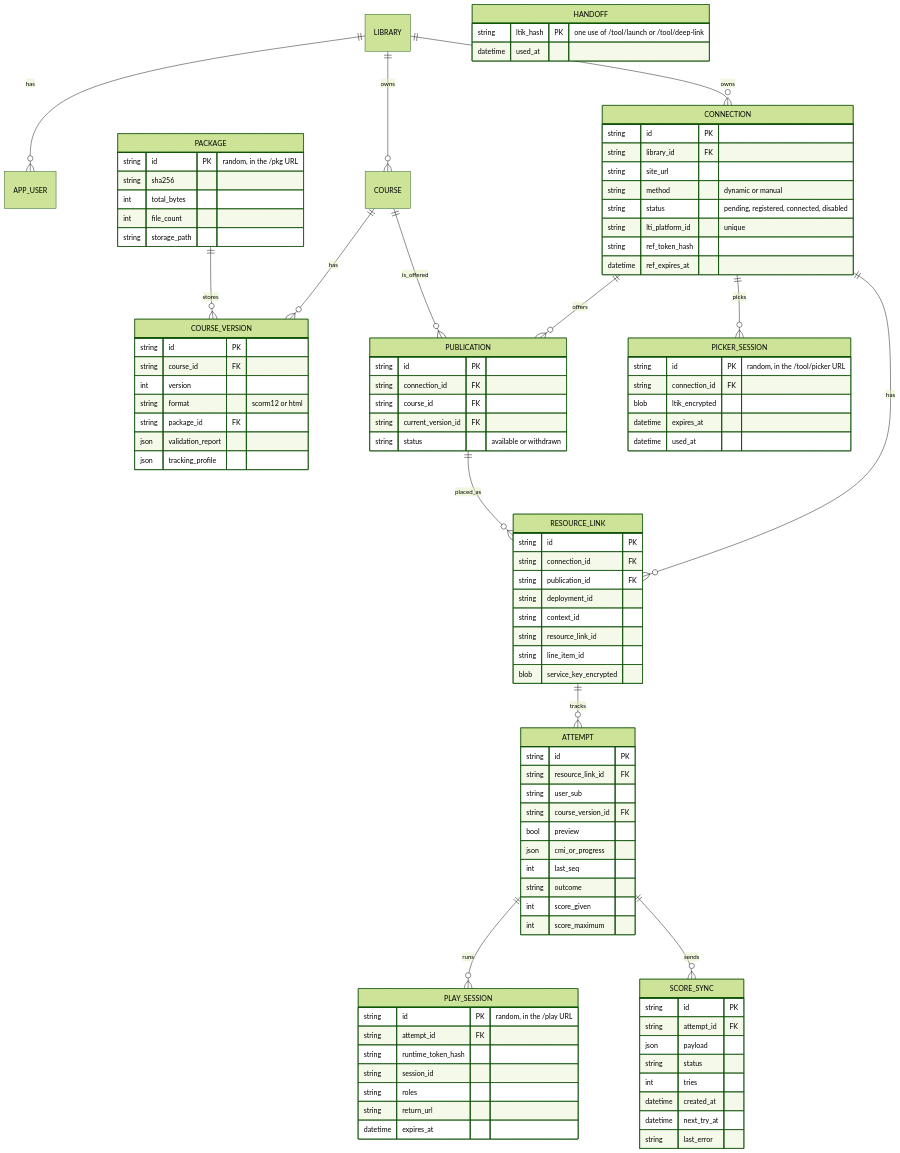
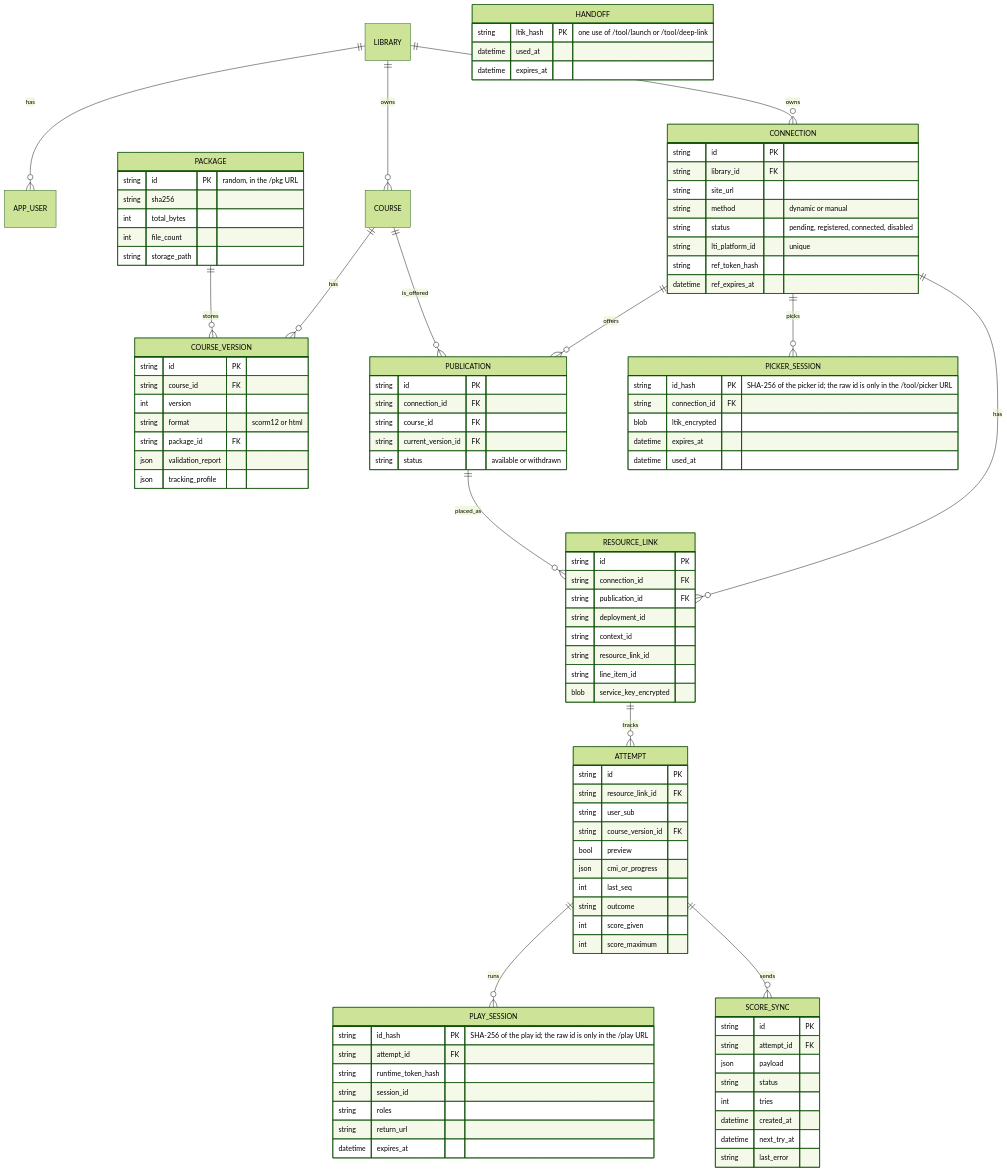
One commit to nguyenthanhquang152/cogniate_moodle_integration_prototype changed the second of 5 diagrams in docs/architecture/data-model.md. Above: the diagram before and after it, drawn with Mermaid (forest theme). The commit also changed other lines of this file and 5 other files, not shown here.

Commit message:
Architect: hashed play/picker ids, deep-link order (contract follows code), retention cleanup job; T6 hooks, moodle-steps.json shape, AC-T6-01/14

```diff
--- a/docs/architecture/data-model.md
+++ b/docs/architecture/data-model.md
@@ -153,7 +153,7 @@
       string status "available or withdrawn"
     }
     PICKER_SESSION {
-      string id PK "random, in the /tool/picker URL"
+      string id_hash PK "SHA-256 of the picker id; the raw id is only in the /tool/picker URL"
       string connection_id FK
       blob ltik_encrypted
       datetime expires_at
@@ -162,6 +162,7 @@
     HANDOFF {
       string ltik_hash PK "one use of /tool/launch or /tool/deep-link"
       datetime used_at
+      datetime expires_at
     }
     RESOURCE_LINK {
       string id PK
@@ -186,7 +187,7 @@
       int score_maximum
     }
     PLAY_SESSION {
-      string id PK "random, in the /play URL"
+      string id_hash PK "SHA-256 of the play id; the raw id is only in the /play URL"
       string attempt_id FK
       string runtime_token_hash
       string session_id
```
